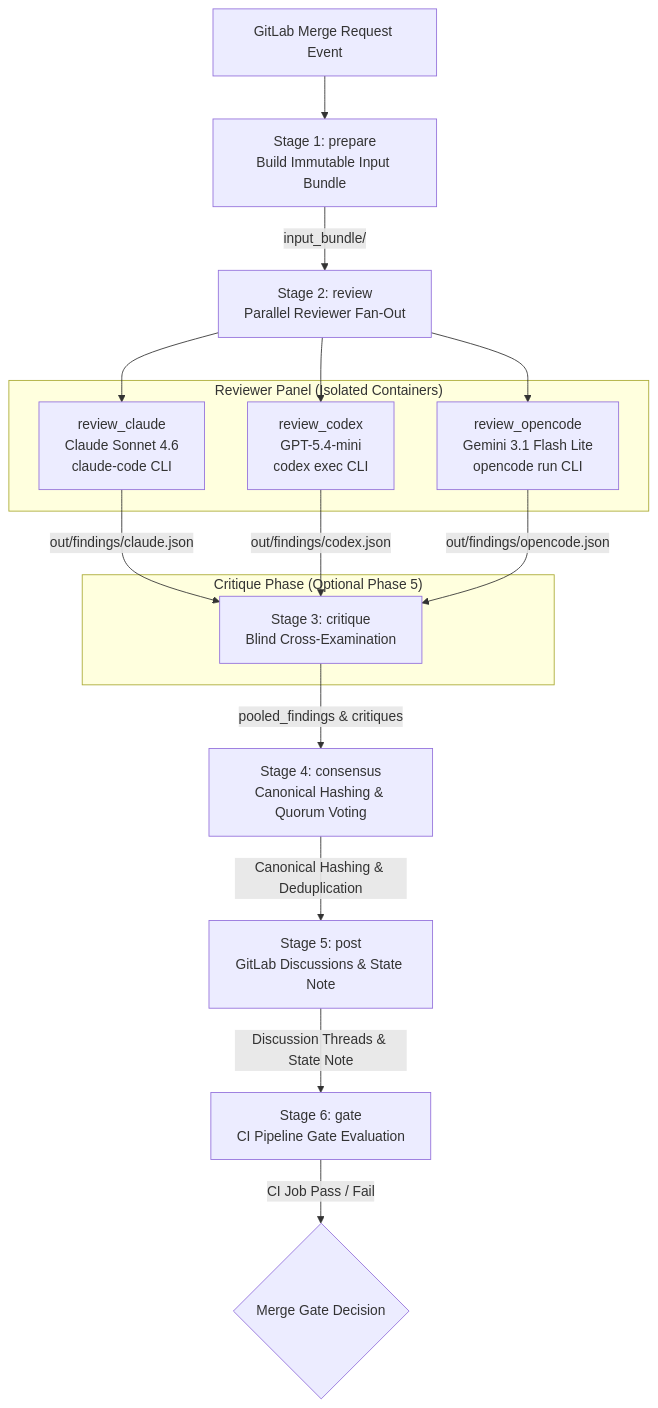
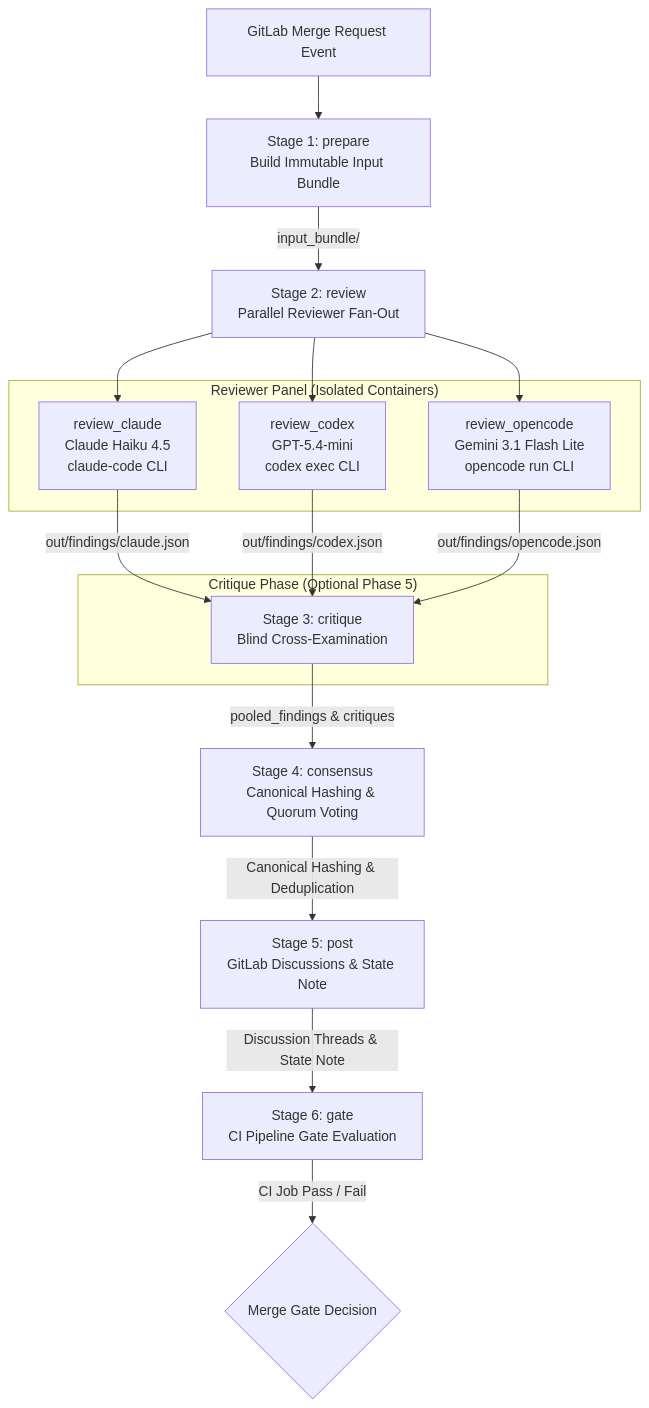
One commit to seanleecoder/code-tribunal changed the diagram in README.md. Above: the diagram before and after it, drawn with Mermaid. The commit also changed other lines of this file and 3 other files, not shown here.

Commit message:
switch claude model to haiku 4.5

````diff
--- a/README.md
+++ b/README.md
@@ -32,28 +32,28 @@
 ```mermaid
 flowchart TD
     MR[GitLab Merge Request Event] --> Prepare[Stage 1: prepare\nBuild Immutable Input Bundle]
     Prepare -->|input_bundle/| Reviewers[Stage 2: review\nParallel Reviewer Fan-Out]
 
     subgraph Panel ["Reviewer Panel (Isolated Containers)"]
-        Claude[review_claude\nClaude Sonnet 4.6\nclaude-code CLI]
+        Claude[review_claude\nClaude Haiku 4.5\nclaude-code CLI]
         Codex[review_codex\nGPT-5.4-mini\ncodex exec CLI]
         OpenCode[review_opencode\nGemini 3.1 Flash Lite\nopencode run CLI]
     end
 
     Reviewers --> Claude
     Reviewers --> Codex
     Reviewers --> OpenCode
 
     Claude -->|out/findings/claude.json| Critique
     Codex -->|out/findings/codex.json| Critique
     OpenCode -->|out/findings/opencode.json| Critique
 
     subgraph CritiqueStage ["Critique Phase (Optional Phase 5)"]
         Critique[Stage 3: critique\nBlind Cross-Examination]
     end
 
     Critique -->|pooled_findings & critiques| Consensus[Stage 4: consensus\nCanonical Hashing & Quorum Voting]
     Consensus -->|Canonical Hashing & Deduplication| Post[Stage 5: post\nGitLab Discussions & State Note]
     Post -->|Discussion Threads & State Note| Gate[Stage 6: gate\nCI Pipeline Gate Evaluation]
     Gate -->|CI Job Pass / Fail| Verdict{Merge Gate Decision}
 ```
````
